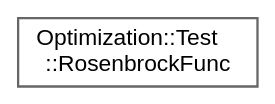
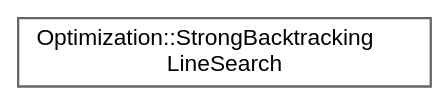
Before and after one commit to jswoo0615/Algorithms_for_Optimization_cpp: the diagram in inherit_graph_39.dot, drawn with Graphviz. The commit also changed 116 other files, not shown here.

```diff
--- a/inherit_graph_39.dot
+++ b/inherit_graph_39.dot
@@ -1,9 +1,9 @@
 digraph "Graphical Class Hierarchy"
 {
  // LATEX_PDF_SIZE
   bgcolor="transparent";
   edge [fontname=Helvetica,fontsize=10,labelfontname=Helvetica,labelfontsize=10];
   node [fontname=Helvetica,fontsize=10,shape=box,height=0.2,width=0.4];
   rankdir="LR";
-  Node0 [id="Node000000",label="Optimization::Test\l::RosenbrockFunc",height=0.2,width=0.4,color="grey40", fillcolor="white", style="filled",URL="$structOptimization_1_1Test_1_1RosenbrockFunc.html",tooltip=" "];
+  Node0 [id="Node000000",label="Optimization::StrongBacktracking\lLineSearch",height=0.2,width=0.4,color="grey40", fillcolor="white", style="filled",URL="$classOptimization_1_1StrongBacktrackingLineSearch.html",tooltip="[Chapter 4] Algorithm 4.3 : Strong Backtracking Line Search Armijo (충분 감소) 조건과 Strong Curvature (강한 곡..."];
 }
```
